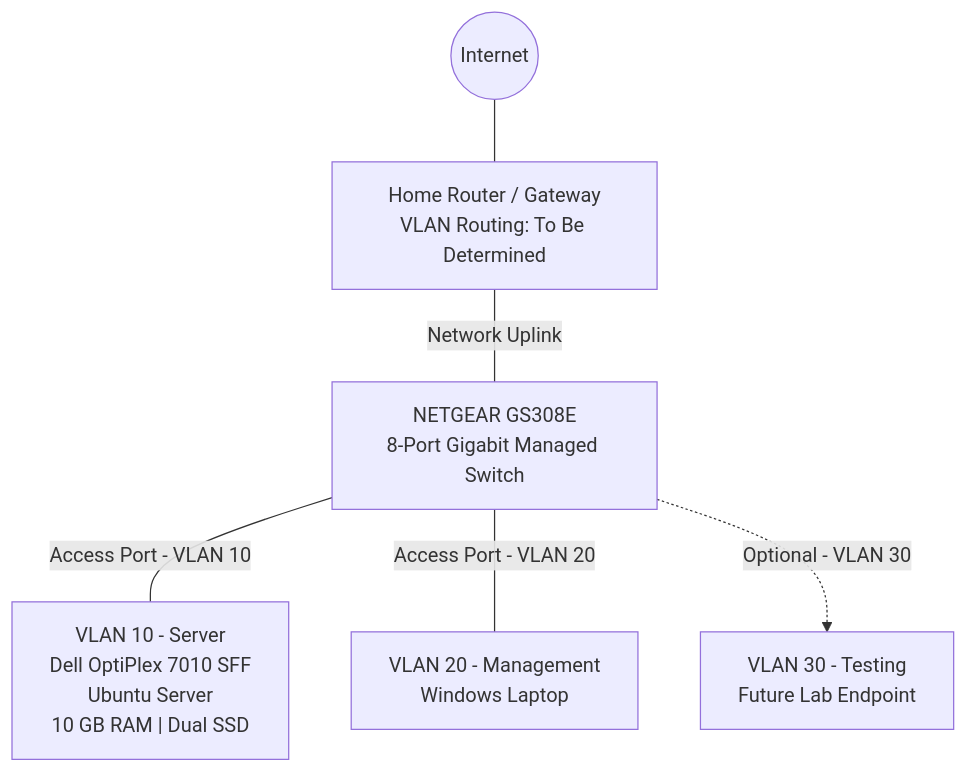
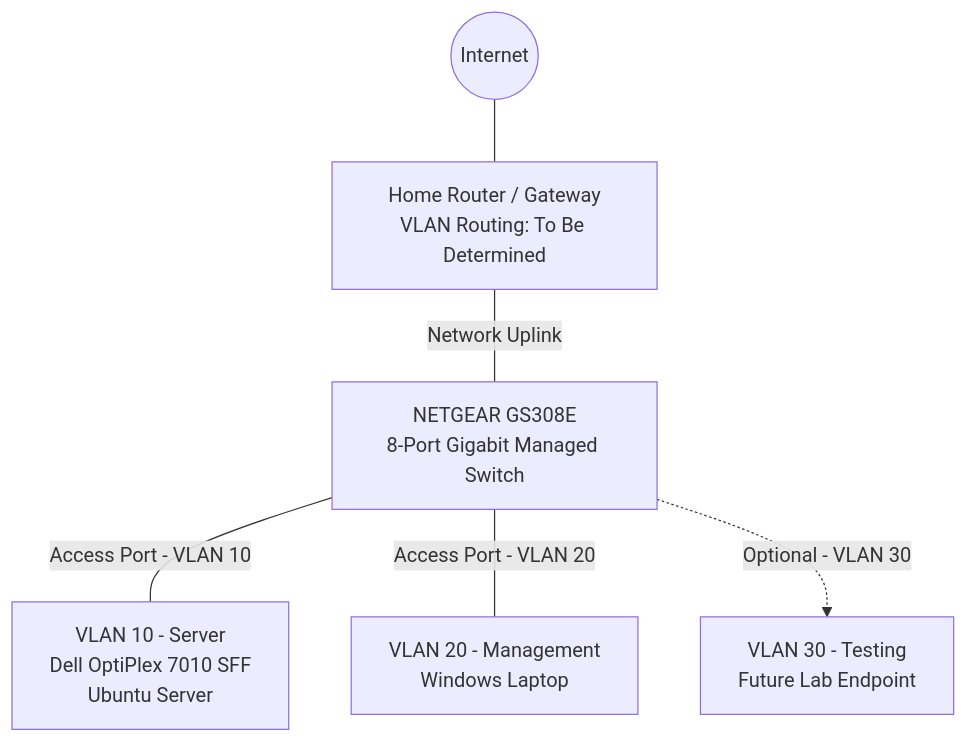
The second of 2 diagrams in Architecture/Architecture.md (metellusmax/Physical-Data-Center-Technician-Lab), drawn with Mermaid before and after one commit. The commit also changed other lines of this file, not shown here.

Commit message:
Update server descriptions in architecture diagram
Removed SSD and RAM details from server descriptions.

````diff
--- a/Architecture/Architecture.md
+++ b/Architecture/Architecture.md
@@ -45,17 +45,17 @@
 ```mermaid
 flowchart TB
     Internet((Internet))
     Router["Home Router / Gateway<br/>VLAN Routing: To Be Determined"]
     Switch["NETGEAR GS308E<br/>8-Port Gigabit Managed Switch"]
 
-    Server["VLAN 10 - Server<br/>Dell OptiPlex 7010 SFF<br/>Ubuntu Server<br/>10 GB RAM | Dual SSD"]
+    Server["VLAN 10 - Server<br/>Dell OptiPlex 7010 SFF<br/>Ubuntu Server"]
     Laptop["VLAN 20 - Management<br/>Windows Laptop"]
     Test["VLAN 30 - Testing<br/>Future Lab Endpoint"]
 
     Internet --- Router
     Router ---|"Network Uplink"| Switch
 
     Switch ---|"Access Port - VLAN 10"| Server
     Switch ---|"Access Port - VLAN 20"| Laptop
     Switch -.->|"Optional - VLAN 30"| Test
 ```
````
